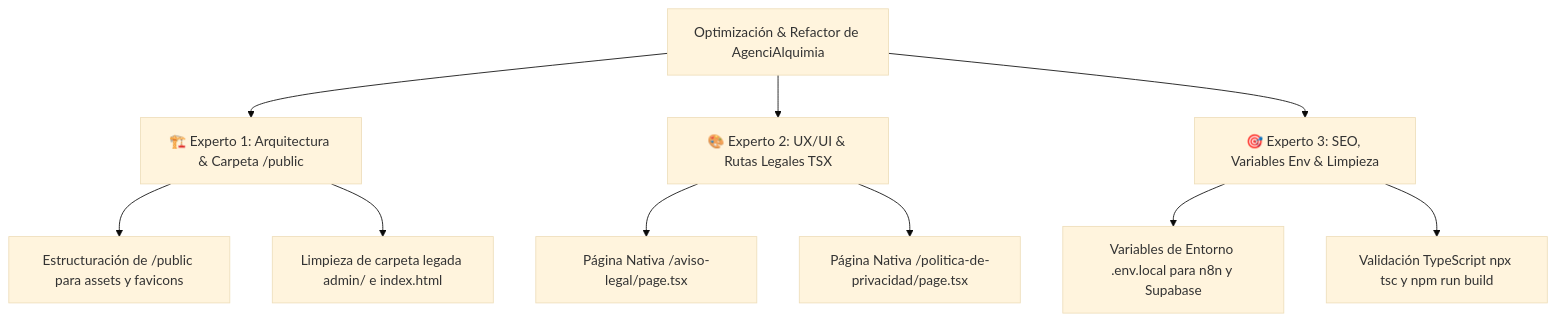
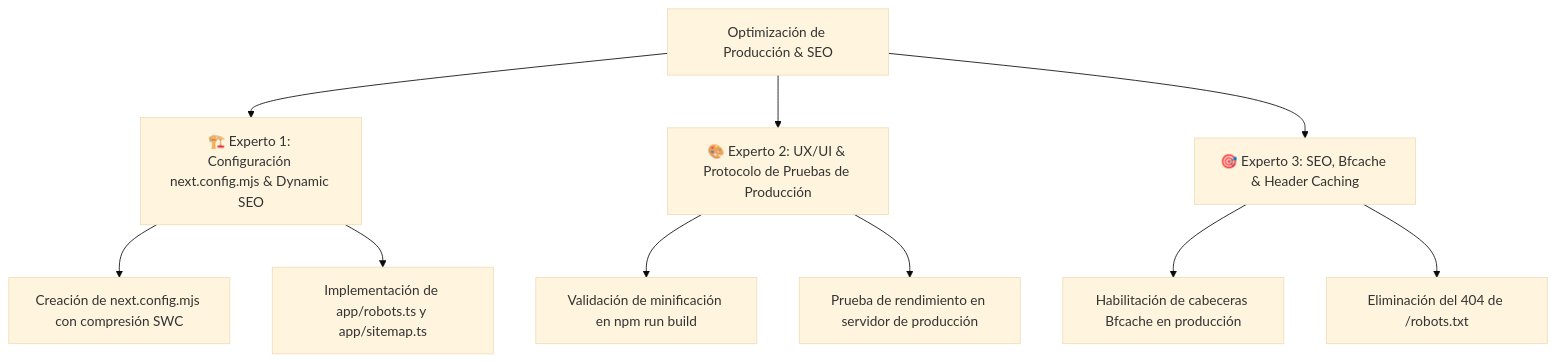
Before and after one commit to KIWIONER/agencialquimia: the diagram in .github/implementation-plan.md, drawn with Mermaid (base theme). The commit also changed other lines of this file and 7 other files, not shown here.

Commit message:
feat: optimización WPO de fuentes, preconnect headers, next.config.mjs y motores de SEO robots.ts y sitemap.ts

````diff
--- a/.github/implementation-plan.md
+++ b/.github/implementation-plan.md
@@ -9,15 +26,15 @@
 ```mermaid
 graph TD
-    A[Optimización & Refactor de AgenciAlquimia] --> B[🏗️ Experto 1: Arquitectura & Carpeta /public]
-    A --> C[🎨 Experto 2: UX/UI & Rutas Legales TSX]
-    A --> D[🎯 Experto 3: SEO, Variables Env & Limpieza]
+    A[Optimización de Producción & SEO] --> B[🏗️ Experto 1: Configuración next.config.mjs & Dynamic SEO]
+    A --> C[🎨 Experto 2: UX/UI & Protocolo de Pruebas de Producción]
+    A --> D[🎯 Experto 3: SEO, Bfcache & Header Caching]
 
-    B --> B1[Estructuración de /public para assets y favicons]
-    B --> B2[Limpieza de carpeta legada admin/ e index.html]
+    B --> B1[Creación de next.config.mjs con compresión SWC]
+    B --> B2[Implementación de app/robots.ts y app/sitemap.ts]
 
-    C --> C1[Página Nativa /aviso-legal/page.tsx]
-    C --> C2[Página Nativa /politica-de-privacidad/page.tsx]
+    C --> C1[Validación de minificación en npm run build]
+    C --> C2[Prueba de rendimiento en servidor de producción]
 
-    D --> D1[Variables de Entorno .env.local para n8n y Supabase]
-    D --> D2[Validación TypeScript npx tsc y npm run build]
+    D --> D1[Habilitación de cabeceras Bfcache en producción]
+    D --> D2[Eliminación del 404 de /robots.txt]
 ```
````
